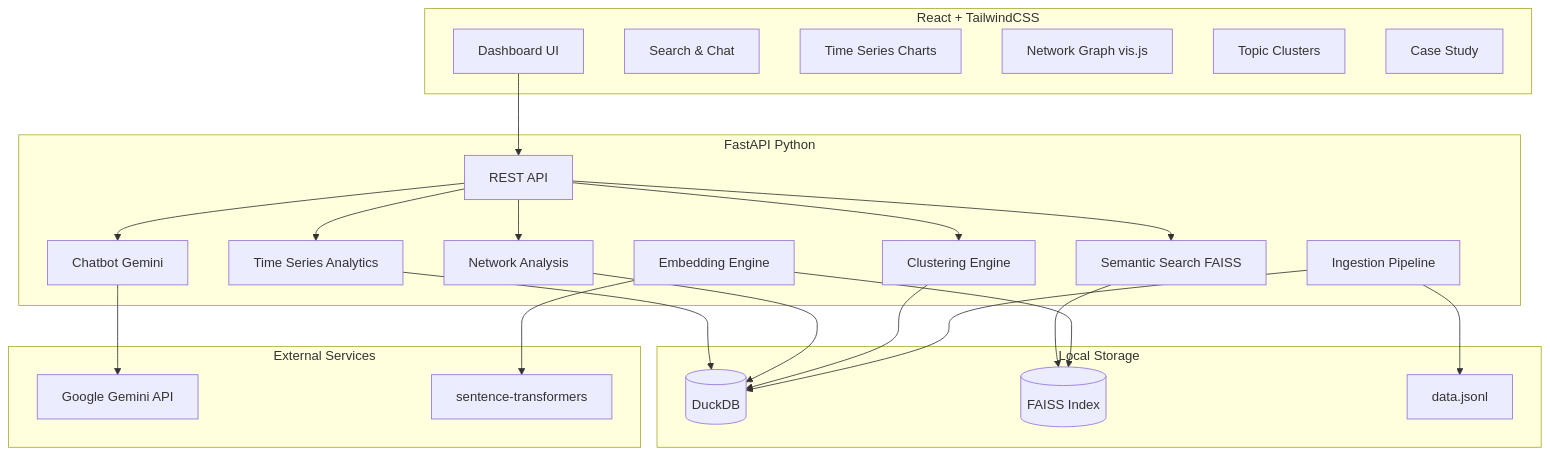
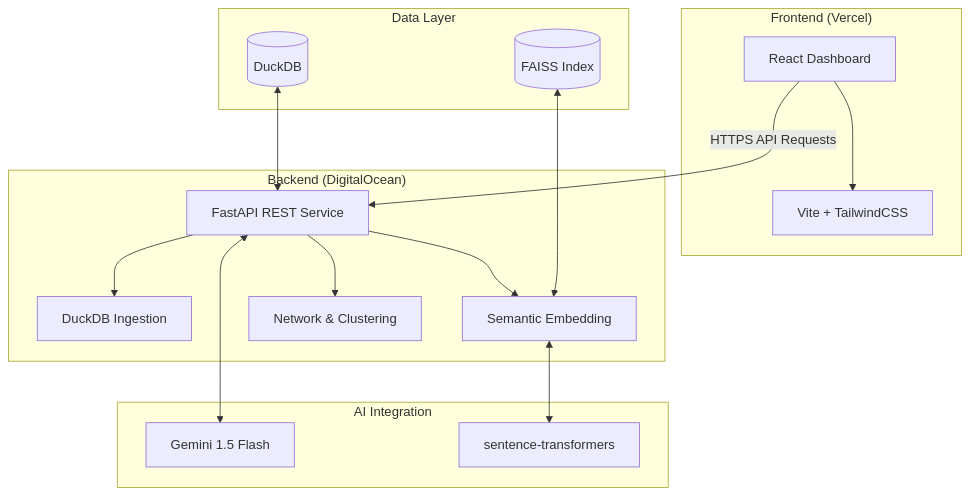
One commit to KrishB08/research-engineering-intern-assignment changed the diagram in README.md. Above: the diagram before and after it, drawn with Mermaid. The commit also changed other lines of this file, not shown here.

````diff
--- a/README.md
+++ b/README.md
@@ -27,44 +48,34 @@
 ```mermaid
 graph TB
-    subgraph Frontend["React + TailwindCSS"]
-        UI[Dashboard UI]
-        SC[Search & Chat]
-        TS[Time Series Charts]
-        NG[Network Graph vis.js]
-        TC[Topic Clusters]
-        CS[Case Study]
+    subgraph Frontend["Frontend (Vercel)"]
+        UI[React Dashboard]
+        VITE[Vite + TailwindCSS]
+        UI --> VITE
     end
 
-    subgraph Backend["FastAPI Python"]
-        API[REST API]
-        ING[Ingestion Pipeline]
-        EMB[Embedding Engine]
-        SEM[Semantic Search FAISS]
-        CB[Chatbot Gemini]
-        TSA[Time Series Analytics]
-        NET[Network Analysis]
-        CLU[Clustering Engine]
+    subgraph Backend["Backend (DigitalOcean)"]
+        API[FastAPI REST Service]
+        ING[DuckDB Ingestion]
+        EMB[Semantic Embedding]
+        NG[Network & Clustering]
+        API --> ING
+        API --> EMB
+        API --> NG
     end
 
-    subgraph Storage["Local Storage"]
+    subgraph Storage["Data Layer"]
         DB[(DuckDB)]
         FI[(FAISS Index)]
-        JL[data.jsonl]
+        DB <--> API
+        FI <--> EMB
     end
 
-    subgraph External["External Services"]
-        GEM[Google Gemini API]
+    subgraph AI["AI Integration"]
+        GEM[Gemini 1.5 Flash]
         ST[sentence-transformers]
+        API <--> GEM
+        EMB <--> ST
     end
 
-    UI --> API
-    API --> SEM --> FI
-    API --> CB --> GEM
-    API --> TSA --> DB
-    API --> NET --> DB
-    API --> CLU --> DB
-    ING --> JL
-    ING --> DB
-    EMB --> ST
-    EMB --> FI
+    UI -- "HTTPS API Requests" --> API
 ```
````
